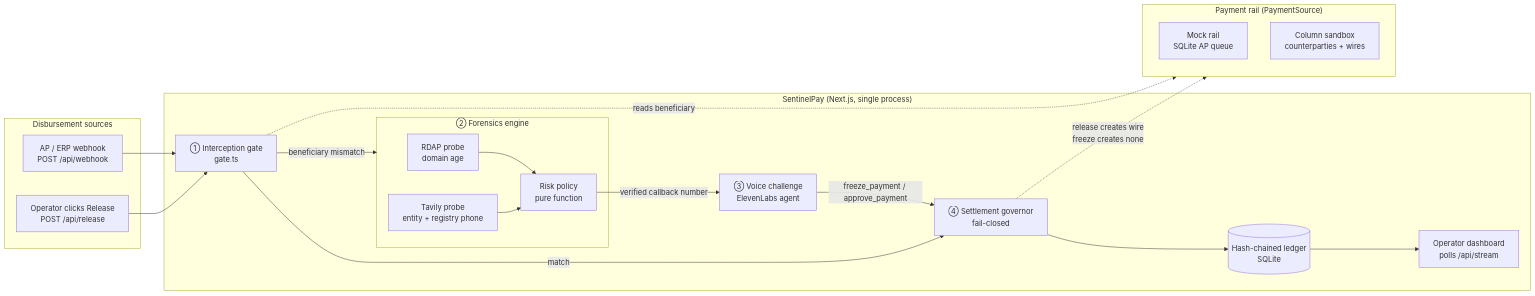
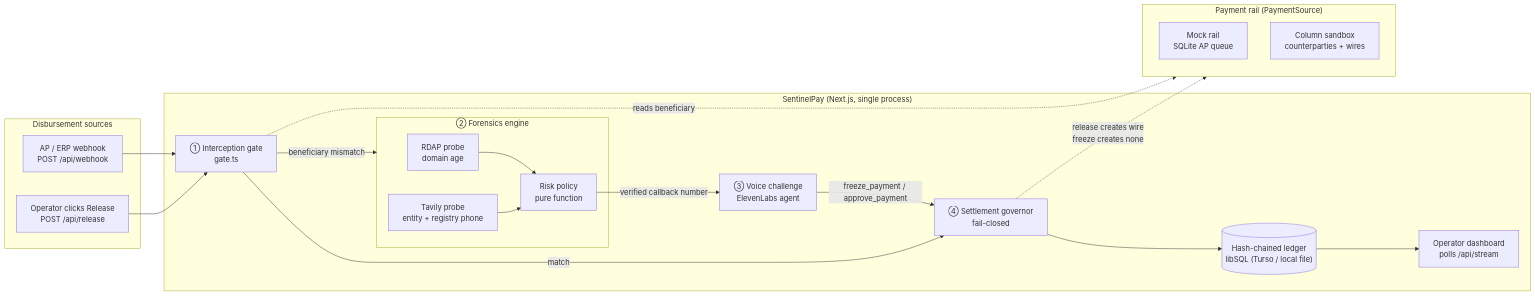
The first of 3 diagrams in README.md (roshaninfordham/sentinelpay), drawn with Mermaid before and after one commit. The commit also changed other lines of this file and 6 other files, not shown here.

````diff
--- a/README.md
+++ b/README.md
@@ -126,38 +129,38 @@
 ```mermaid
 flowchart LR
     subgraph Sources["Disbursement sources"]
         AP["AP / ERP webhook<br/>POST /api/webhook"]
         OP["Operator clicks Release<br/>POST /api/release"]
     end
 
     subgraph App["SentinelPay (Next.js, single process)"]
         GATE["① Interception gate<br/>gate.ts"]
         subgraph FX["② Forensics engine"]
             RDAP["RDAP probe<br/>domain age"]
             TAV["Tavily probe<br/>entity + registry phone"]
             POL["Risk policy<br/>pure function"]
         end
         VOICE["③ Voice challenge<br/>ElevenLabs agent"]
         GOV["④ Settlement governor<br/>fail-closed"]
-        LEDGER[("Hash-chained ledger<br/>SQLite")]
+        LEDGER[("Hash-chained ledger<br/>libSQL (Turso / local file)")]
         UI["Operator dashboard<br/>polls /api/stream"]
     end
 
     subgraph Rail["Payment rail (PaymentSource)"]
         MOCK["Mock rail<br/>SQLite AP queue"]
         COL["Column sandbox<br/>counterparties + wires"]
     end
 
     AP --> GATE
     OP --> GATE
     GATE -- "beneficiary mismatch" --> FX
     RDAP --> POL
     TAV --> POL
     POL -- "verified callback number" --> VOICE
     VOICE -- "freeze_payment / approve_payment" --> GOV
     GATE -- "match" --> GOV
     GOV --> LEDGER
     GATE -. "reads beneficiary" .-> Rail
     GOV -. "release creates wire<br/>freeze creates none" .-> Rail
     LEDGER --> UI
 ```
````
